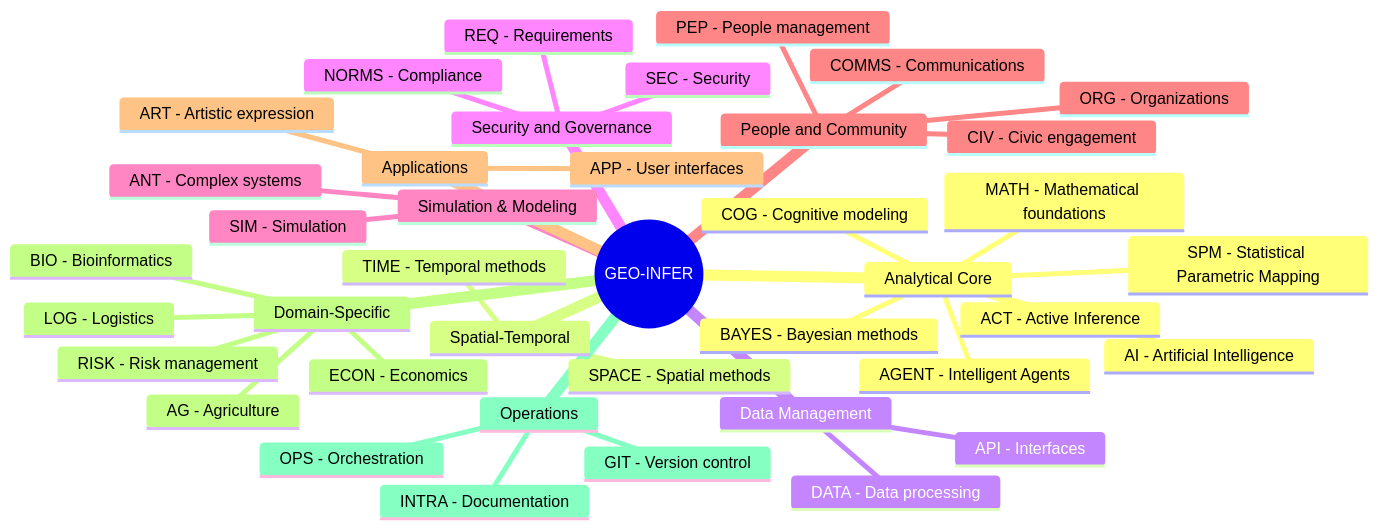
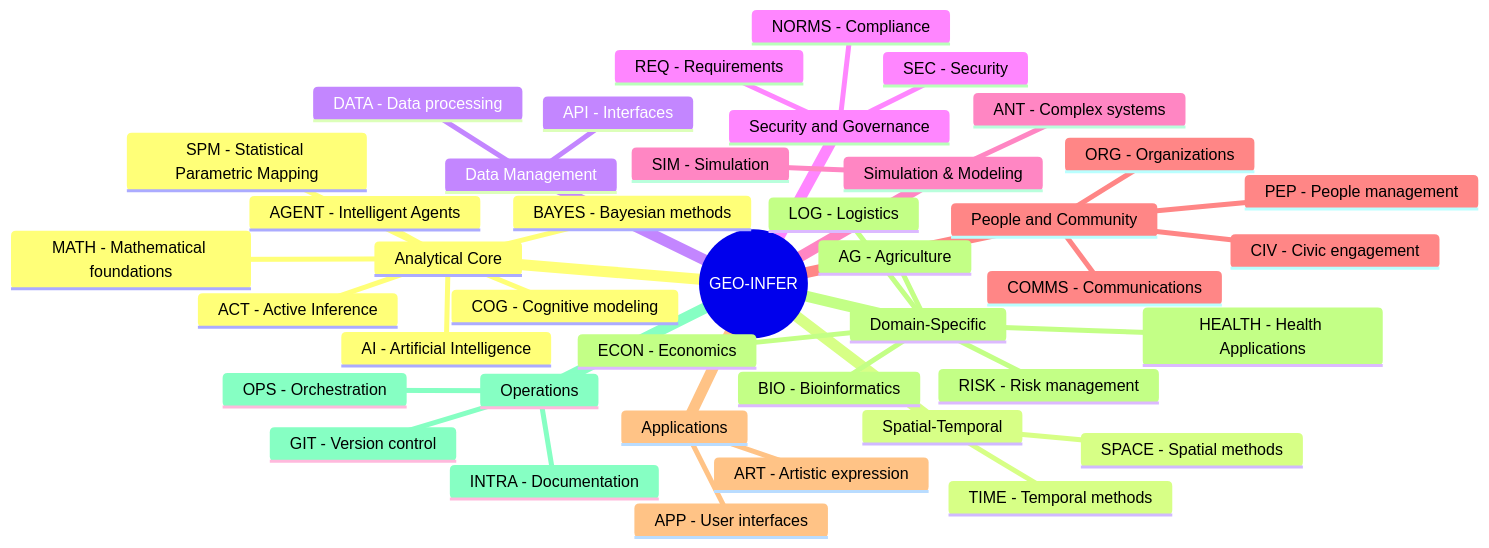
Before and after one commit to ActiveInferenceInstitute/GEO-INFER: the first of 5 diagrams in README.md, drawn with Mermaid. The commit also changed other lines of this file and 101 other files, not shown here.

````diff
--- a/README.md
+++ b/README.md
@@ -27,43 +27,44 @@
 ```mermaid
 mindmap
   root((GEO-INFER))
     Analytical Core
       ACT - Active Inference
       BAYES - Bayesian methods
       AI - Artificial Intelligence
       MATH - Mathematical foundations
       COG - Cognitive modeling
       AGENT - Intelligent Agents
       SPM - Statistical Parametric Mapping
     Spatial-Temporal
       SPACE - Spatial methods
       TIME - Temporal methods
     Data Management
       DATA - Data processing
       API - Interfaces
     Security and Governance
       SEC - Security
       NORMS - Compliance
       REQ - Requirements
     Simulation & Modeling
       SIM - Simulation
       ANT - Complex systems
     People and Community
       CIV - Civic engagement
       PEP - People management
       ORG - Organizations
       COMMS - Communications
     Applications
       APP - User interfaces
       ART - Artistic expression
     Domain-Specific
       AG - Agriculture
       ECON - Economics
       RISK - Risk management
       LOG - Logistics
       BIO - Bioinformatics
+      HEALTH - Health Applications
     Operations
       OPS - Orchestration
       INTRA - Documentation
       GIT - Version control
 ```
````
